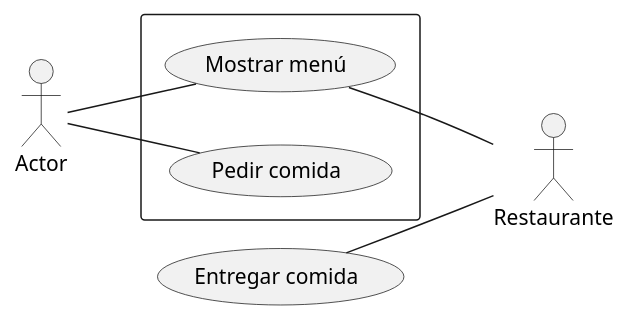
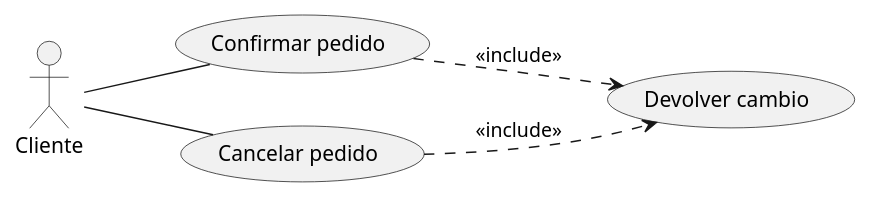
Before and after one commit to tatianagarijo/UMLClasesUsoTatianaGarijo: the diagram in src/ClasesUso.puml, drawn with PlantUML. The commit also changed other lines of this file and 3 other files, not shown here.

```diff
--- a/src/ClasesUso.puml
+++ b/src/ClasesUso.puml
@@ -1,17 +1,11 @@
 @startuml
 left to right direction
-:Actor: as act
-rectangle {
-usecase (Mostrar menú) as UC1
-usecase (Pedir comida) as UC2
-}
-
-usecase (Entregar comida) as UC3
-
-:Restaurante: as rest
-
-act -- UC1
-act -- UC2
-UC1 -- rest
-UC3 --rest
+:Cliente: as cli
+usecase (Confirmar pedido) as UC1
+usecase (Cancelar pedido) as UC2
+usecase (Devolver cambio) as UC3
+cli -- UC1
+cli -- UC2
+UC1 ..> UC3 : <<include>>
+UC2 ..> UC3 : <<include>>
 @enduml
```
